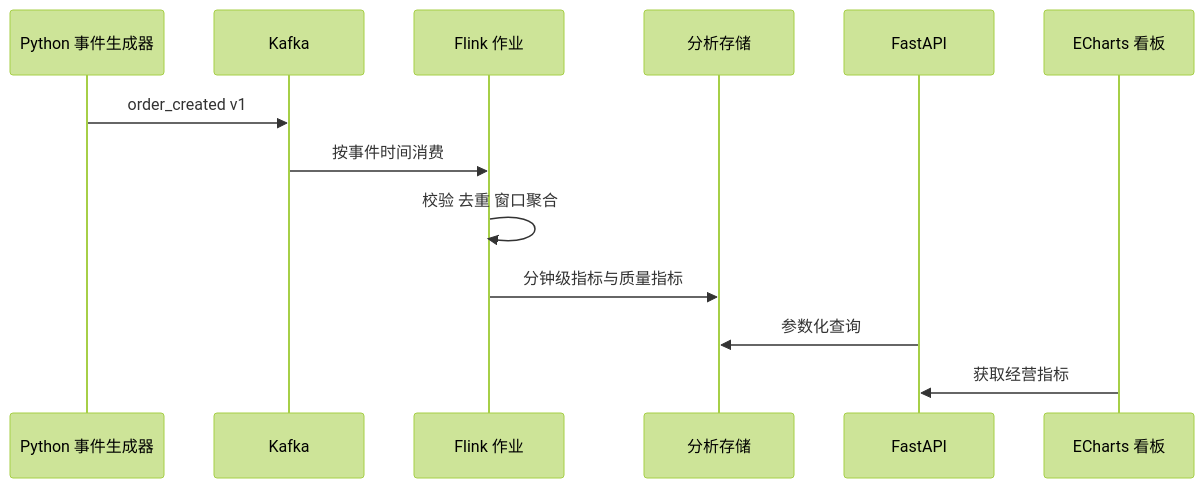
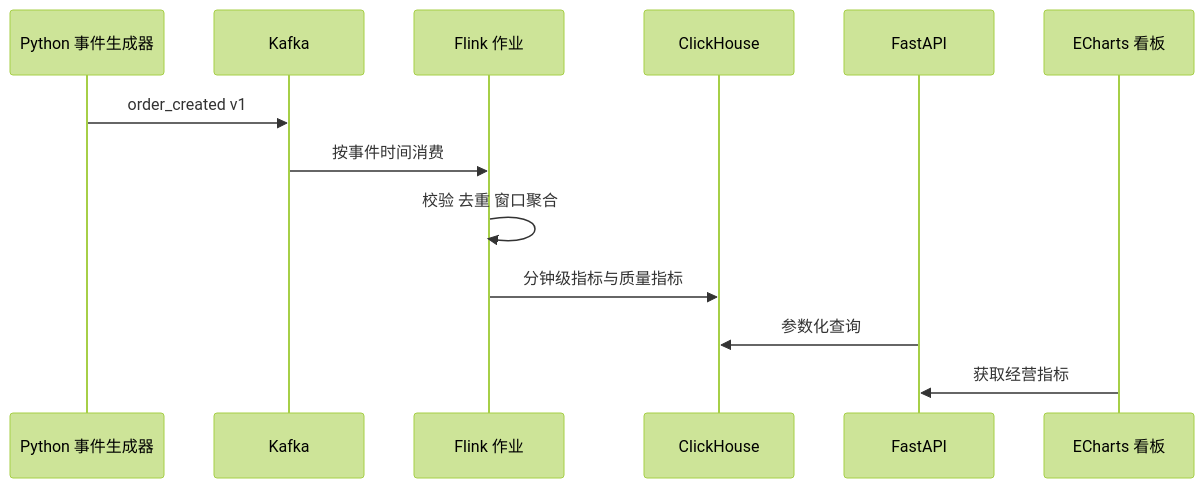
Before and after one commit to ZliY221/Real-time-data-warehouse-and-business-analysis-platform-for-e-commerce: the diagram in docs/architecture.md, drawn with Mermaid (forest theme). The commit also changed other lines of this file and 22 other files, not shown here.

````diff
--- a/docs/architecture.md
+++ b/docs/architecture.md
@@ -9,16 +9,16 @@
 ```mermaid
 sequenceDiagram
     participant Generator as Python 事件生成器
     participant Kafka as Kafka
     participant Flink as Flink 作业
-    participant Store as 分析存储
+    participant Store as ClickHouse
     participant API as FastAPI
     participant Dashboard as ECharts 看板
 
     Generator->>Kafka: order_created v1
     Kafka->>Flink: 按事件时间消费
     Flink->>Flink: 校验 去重 窗口聚合
     Flink->>Store: 分钟级指标与质量指标
     API->>Store: 参数化查询
     Dashboard->>API: 获取经营指标
 ```
````
